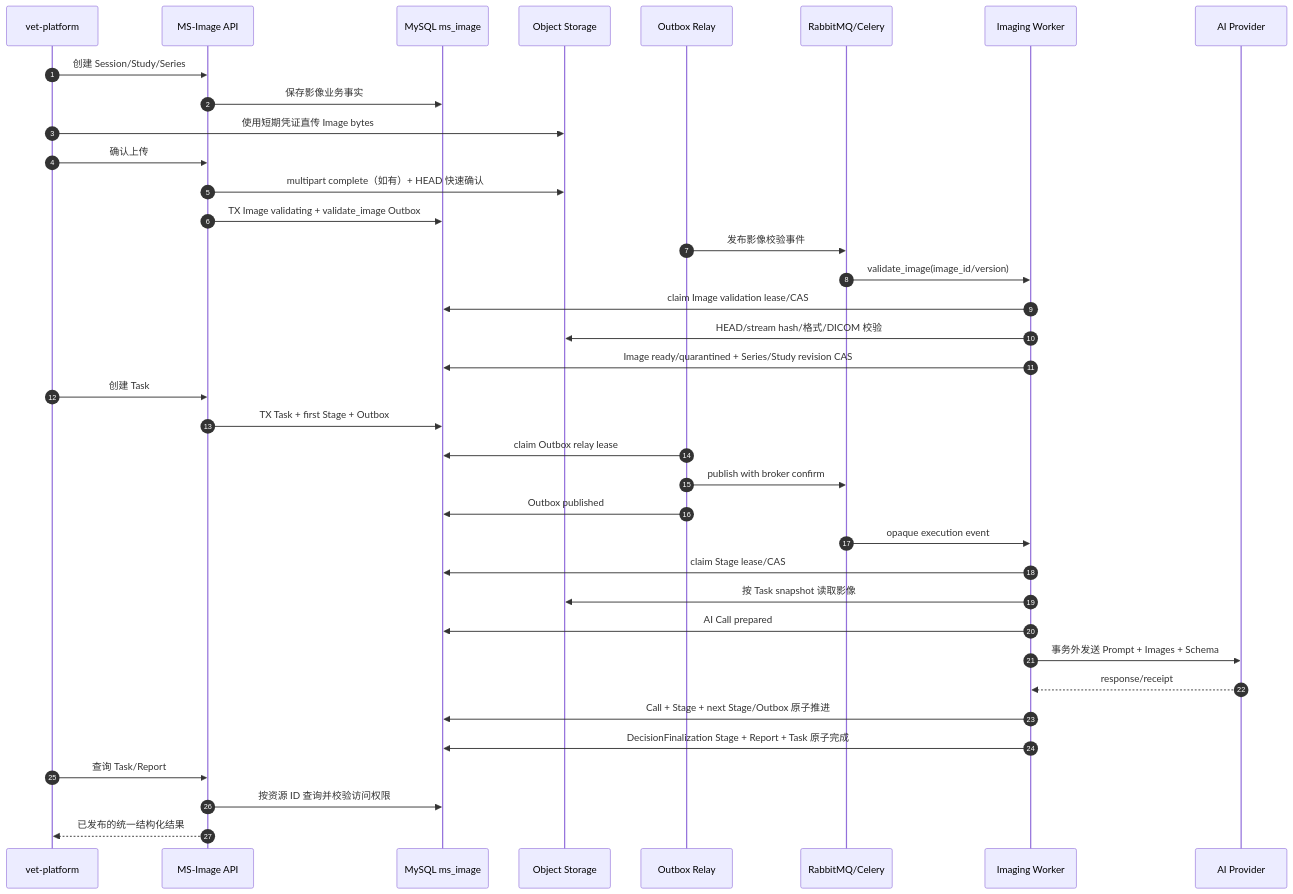
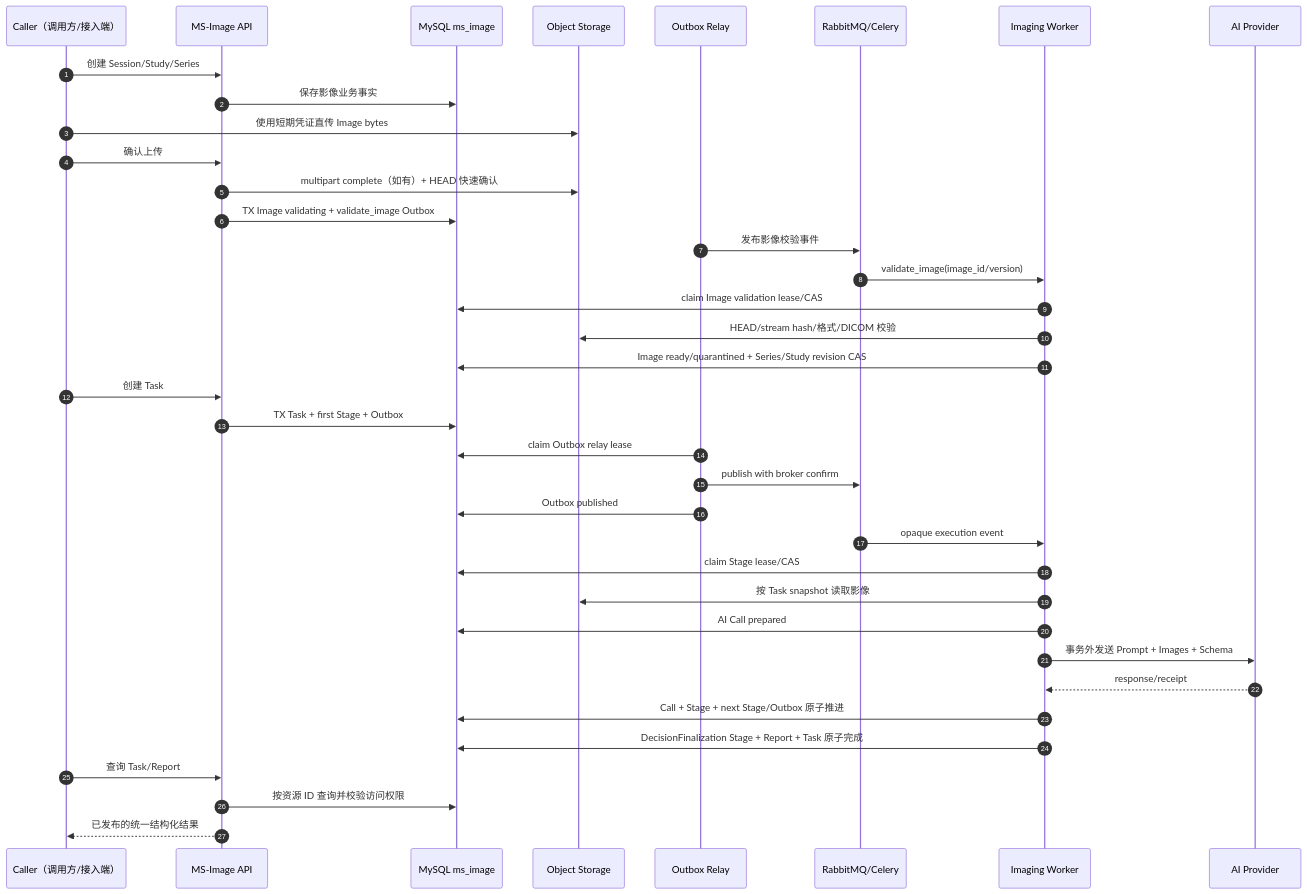
Before and after one commit to zhichengmo/ms-image: the seventh of 9 diagrams in docs/ms-image-final-architecture-and-database-design.md, drawn with Mermaid. The commit also changed other lines of this file and 205 other files, not shown here.

````diff
--- a/docs/ms-image-final-architecture-and-database-design.md
+++ b/docs/ms-image-final-architecture-and-database-design.md
@@ -1906,40 +1901,40 @@
 ```mermaid
 sequenceDiagram
     autonumber
-    participant U as vet-platform
+    participant U as Caller（调用方/接入端）
     participant API as MS-Image API
     participant DB as MySQL ms_image
     participant OSS as Object Storage
     participant R as Outbox Relay
     participant MQ as RabbitMQ/Celery
     participant W as Imaging Worker
     participant AI as AI Provider
 
     U->>API: 创建 Session/Study/Series
     API->>DB: 保存影像业务事实
     U->>OSS: 使用短期凭证直传 Image bytes
     U->>API: 确认上传
     API->>OSS: multipart complete（如有）+ HEAD 快速确认
     API->>DB: TX Image validating + validate_image Outbox
     R->>MQ: 发布影像校验事件
     MQ->>W: validate_image(image_id/version)
     W->>DB: claim Image validation lease/CAS
     W->>OSS: HEAD/stream hash/格式/DICOM 校验
     W->>DB: Image ready/quarantined + Series/Study revision CAS
     U->>API: 创建 Task
     API->>DB: TX Task + first Stage + Outbox
     R->>DB: claim Outbox relay lease
     R->>MQ: publish with broker confirm
     R->>DB: Outbox published
     MQ->>W: opaque execution event
     W->>DB: claim Stage lease/CAS
     W->>OSS: 按 Task snapshot 读取影像
     W->>DB: AI Call prepared
     W->>AI: 事务外发送 Prompt + Images + Schema
     AI-->>W: response/receipt
     W->>DB: Call + Stage + next Stage/Outbox 原子推进
     W->>DB: DecisionFinalization Stage + Report + Task 原子完成
     U->>API: 查询 Task/Report
     API->>DB: 按资源 ID 查询并校验访问权限
     API-->>U: 已发布的统一结构化结果
 ```
````
